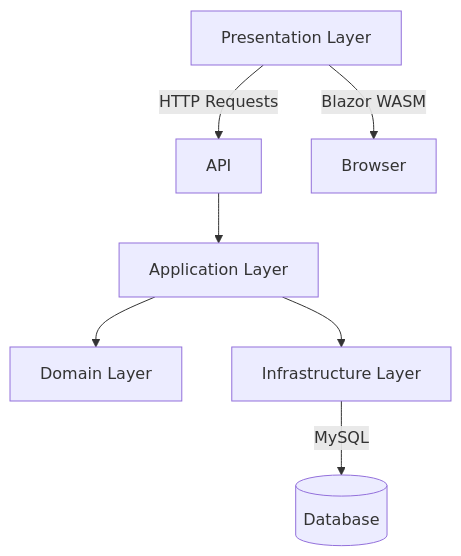
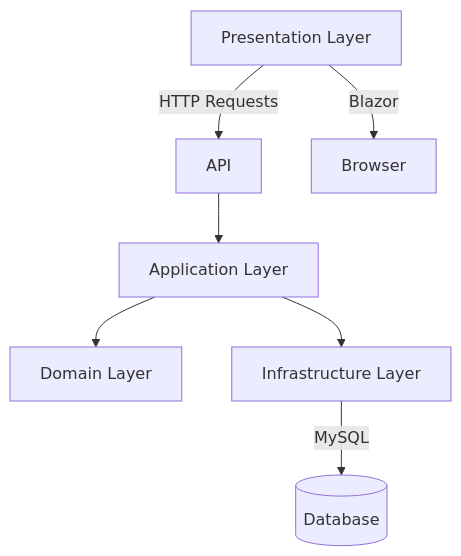
One commit to MohammedBagowabair/DeliverySystem changed the first of 2 diagrams in README.md. Above: the diagram before and after it, drawn with Mermaid. The commit also changed other lines of this file, not shown here.

````diff
--- a/README.md
+++ b/README.md
@@ -126,9 +126,9 @@
 ```mermaid
 graph TD
     A[Presentation Layer] -->|HTTP Requests| B[API]
     B --> C[Application Layer]
     C --> D[Domain Layer]
     C --> E[Infrastructure Layer]
     E -->|MySQL| F[(Database)]
-    A -->|Blazor WASM| G[Browser]
+    A -->|Blazor | G[Browser]
 ```
````
